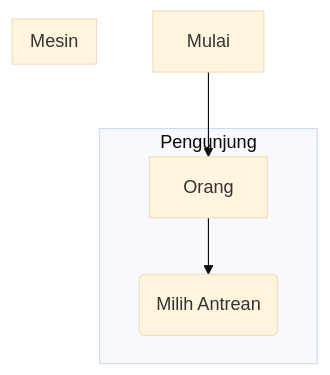
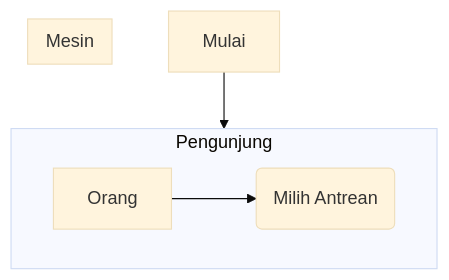
One commit to rezekikode/diagram changed the diagram in flowchart_antrean.mmd. Above: the diagram before and after it, drawn with Mermaid (base theme).

```diff
--- a/flowchart_antrean.mmd
+++ b/flowchart_antrean.mmd
@@ -1,7 +1,7 @@
 flowchart TB
-Mulai --> Orang
+Mulai --> Pengunjung
 subgraph Pengunjung
 Orang --> a("`Milih Antrean`")
 end
 subgraph Mesin
 end
```
